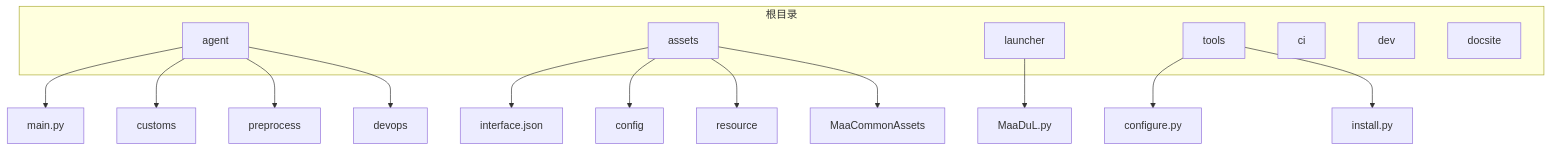
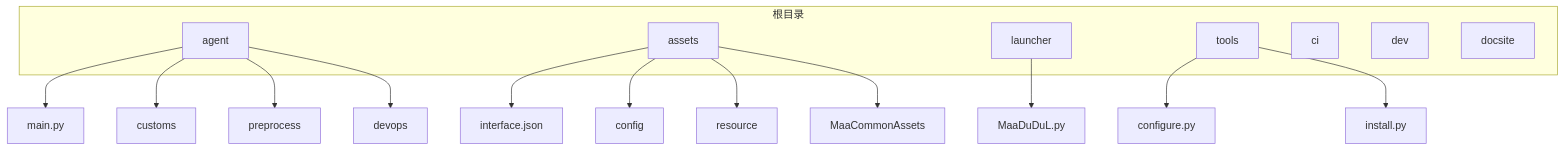
The first of 7 diagrams in .qoder/repowiki/zh/content/项目概述.md (kqcoxn/MaaDuDuL), drawn with Mermaid before and after one commit. The commit also changed other lines of this file and 6 other files, not shown here.

````diff
--- a/.qoder/repowiki/zh/content/项目概述.md
+++ b/.qoder/repowiki/zh/content/项目概述.md
@@ -58,23 +60,23 @@
 ```mermaid
 graph TD
 subgraph "根目录"
 agent[agent]
 assets[assets]
 launcher[launcher]
 tools[tools]
 ci[ci]
 dev[dev]
 docsite[docsite]
 end
 agent --> main[main.py]
 agent --> customs[customs]
 agent --> preprocess[preprocess]
 agent --> devops[devops]
 assets --> interface[interface.json]
 assets --> config[config]
 assets --> resource[resource]
 assets --> MaaCommonAssets[MaaCommonAssets]
-launcher --> MaaDuDuL[MaaDuL.py]
+launcher --> MaaDuDuL[MaaDuDuL.py]
 tools --> configure[configure.py]
 tools --> install[install.py]
 ```
````
